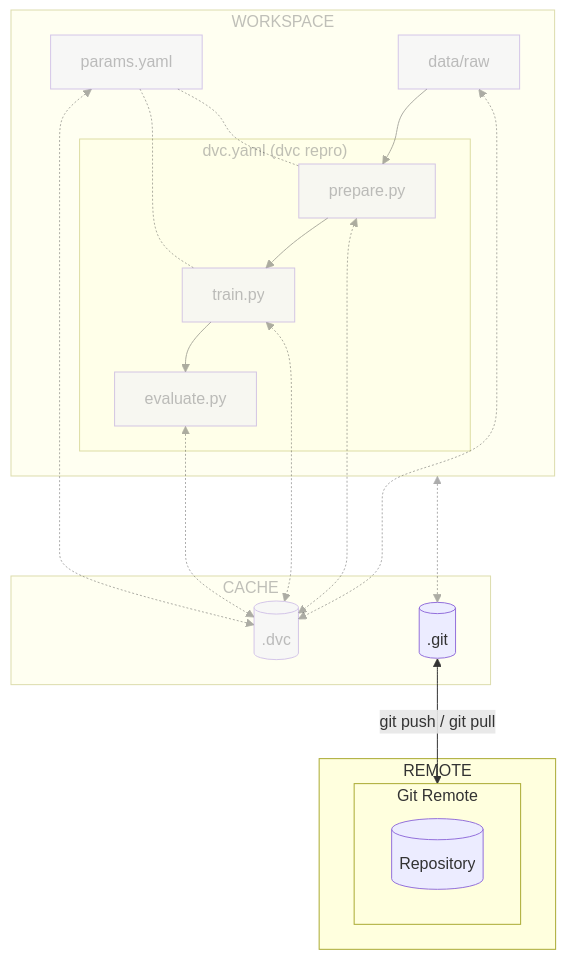
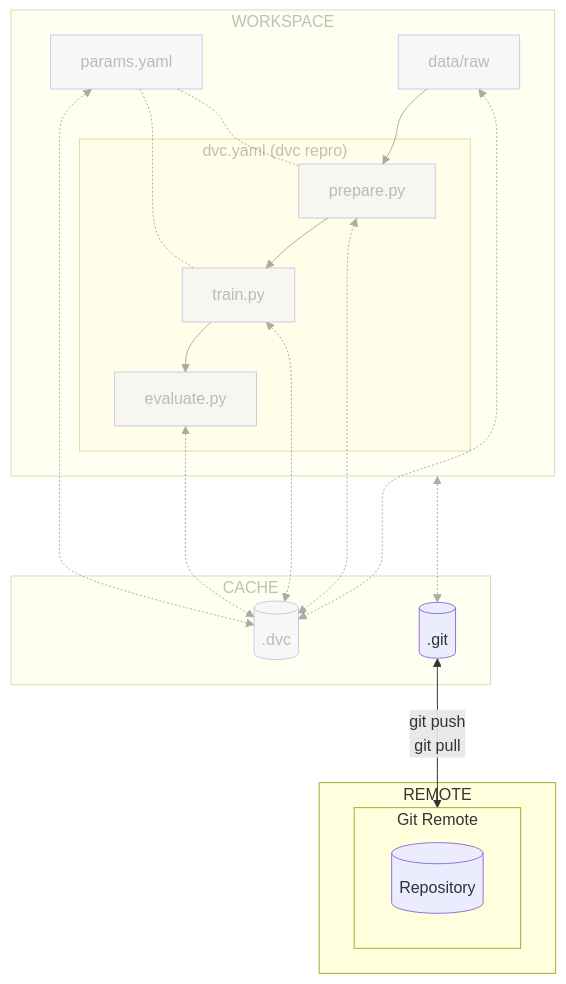
One commit to swiss-ai-center/a-guide-to-mlops changed the diagram in docs/part-2-move-the-model-to-the-cloud/chapter-6-move-the-ml-experiment-code-to-the-cloud.md. Above: the diagram before and after it, drawn with Mermaid. The commit also changed 4 other files, not shown here.

Commit message:
Use better newline for mermaid graphs in part 2

````diff
--- a/docs/part-2-move-the-model-to-the-cloud/chapter-6-move-the-ml-experiment-code-to-the-cloud.md
+++ b/docs/part-2-move-the-model-to-the-cloud/chapter-6-move-the-ml-experiment-code-to-the-cloud.md
@@ -16,49 +16,50 @@
 ```mermaid
 flowchart TB
     dot_dvc[(.dvc)]
-    dot_git[(.git)] <-->|git push / git pull| gitGraph[Git Remote]
+    dot_git[(.git)] <-->|git push
+                         git pull| gitGraph[Git Remote]
     workspaceGraph <-....-> dot_git
     data[data/raw] <-.-> dot_dvc
     subgraph remoteGraph[REMOTE]
         subgraph gitGraph[Git Remote]
             repository[(Repository)]
         end
     end
     subgraph cacheGraph[CACHE]
         dot_dvc
         dot_git
     end
     subgraph workspaceGraph[WORKSPACE]
         prepare[prepare.py] <-.-> dot_dvc
         train[train.py] <-.-> dot_dvc
         evaluate[evaluate.py] <-.-> dot_dvc
         data --> prepare
         subgraph dvcGraph["dvc.yaml (dvc repro)"]
             prepare --> train
             train --> evaluate
         end
         params[params.yaml] -.- prepare
         params -.- train
         params <-.-> dot_dvc
     end
     style workspaceGraph opacity:0.4,color:#7f7f7f80
     style dvcGraph opacity:0.4,color:#7f7f7f80
     style cacheGraph opacity:0.4,color:#7f7f7f80
     style dot_dvc opacity:0.4,color:#7f7f7f80
     style data opacity:0.4,color:#7f7f7f80
     style prepare opacity:0.4,color:#7f7f7f80
     style train opacity:0.4,color:#7f7f7f80
     style evaluate opacity:0.4,color:#7f7f7f80
     style params opacity:0.4,color:#7f7f7f80
     linkStyle 1 opacity:0.4,color:#7f7f7f80
     linkStyle 2 opacity:0.4,color:#7f7f7f80
     linkStyle 3 opacity:0.4,color:#7f7f7f80
     linkStyle 4 opacity:0.4,color:#7f7f7f80
     linkStyle 5 opacity:0.4,color:#7f7f7f80
     linkStyle 6 opacity:0.4,color:#7f7f7f80
     linkStyle 7 opacity:0.4,color:#7f7f7f80
     linkStyle 8 opacity:0.4,color:#7f7f7f80
     linkStyle 9 opacity:0.4,color:#7f7f7f80
     linkStyle 10 opacity:0.4,color:#7f7f7f80
     linkStyle 11 opacity:0.4,color:#7f7f7f80
 ```
````
